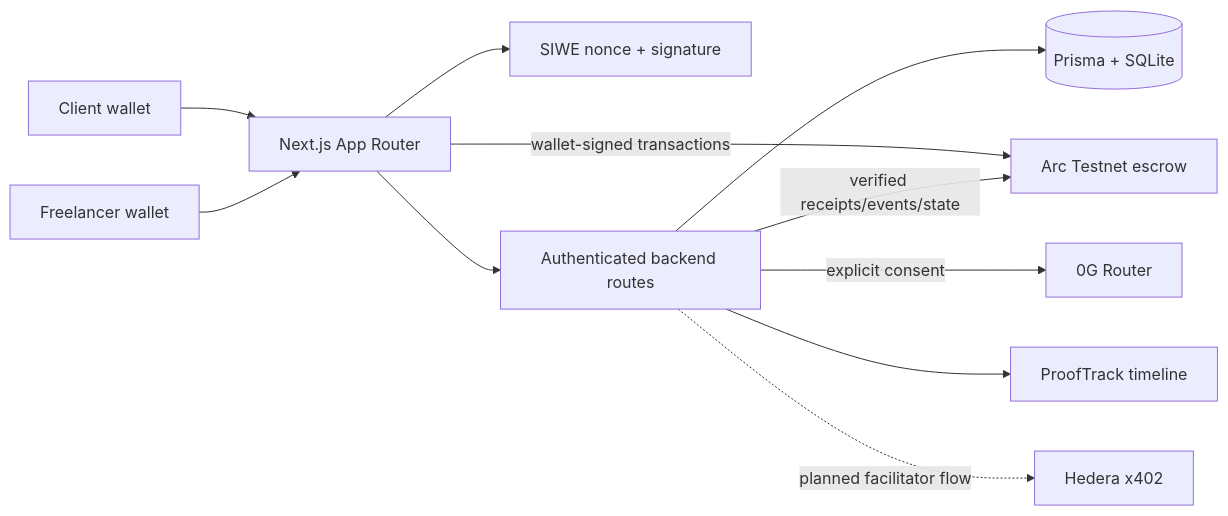
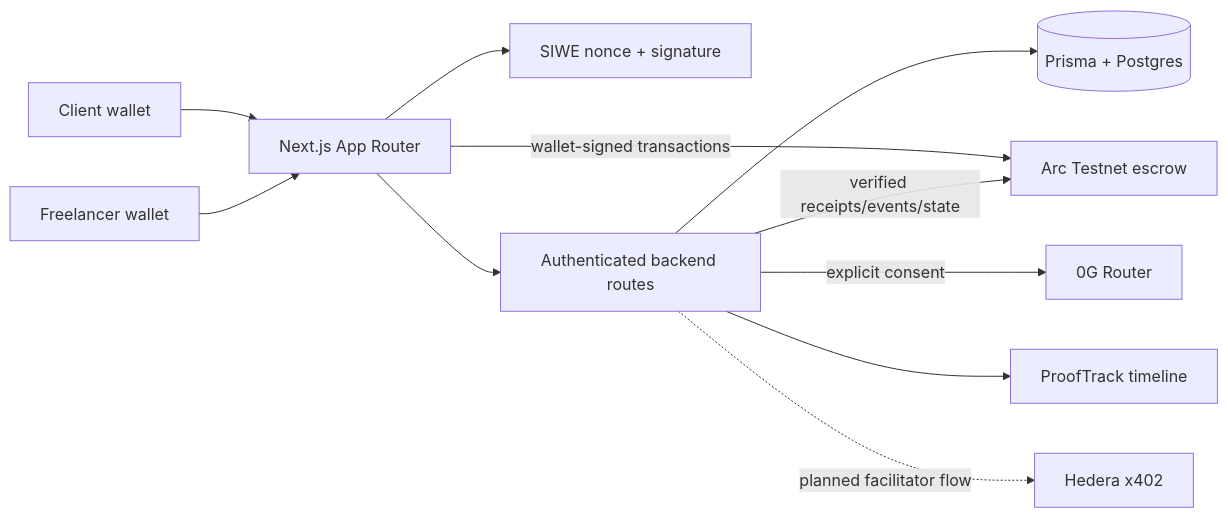
Before and after one commit to adisingh592/TrustOra: the diagram in README.md, drawn with Mermaid. The commit also changed other lines of this file and 16 other files, not shown here.

First line of the commit message:
feat(database): initialize database schema with user, project, and audit tables

````diff
--- a/README.md
+++ b/README.md
@@ -204,13 +215,13 @@
 ```mermaid
 flowchart LR
   Client[Client wallet] --> Web[Next.js App Router]
   Freelancer[Freelancer wallet] --> Web
   Web --> Auth[SIWE nonce + signature]
   Web --> API[Authenticated backend routes]
-  API --> DB[(Prisma + SQLite)]
+  API --> DB[(Prisma + Postgres)]
   Web -->|wallet-signed transactions| Arc[Arc Testnet escrow]
   API -->|verified receipts/events/state| Arc
   API -->|explicit consent| ZeroG[0G Router]
   API --> Evidence[ProofTrack timeline]
   API -. planned facilitator flow .-> Hedera[Hedera x402]
 ```
````
